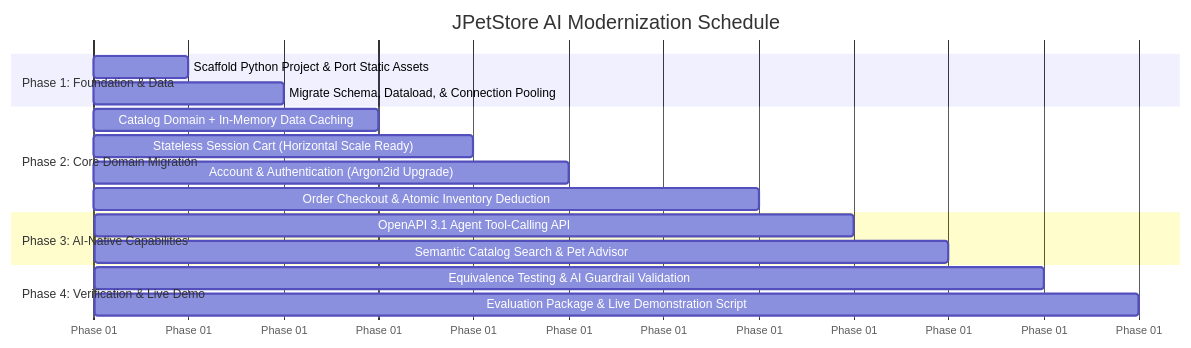
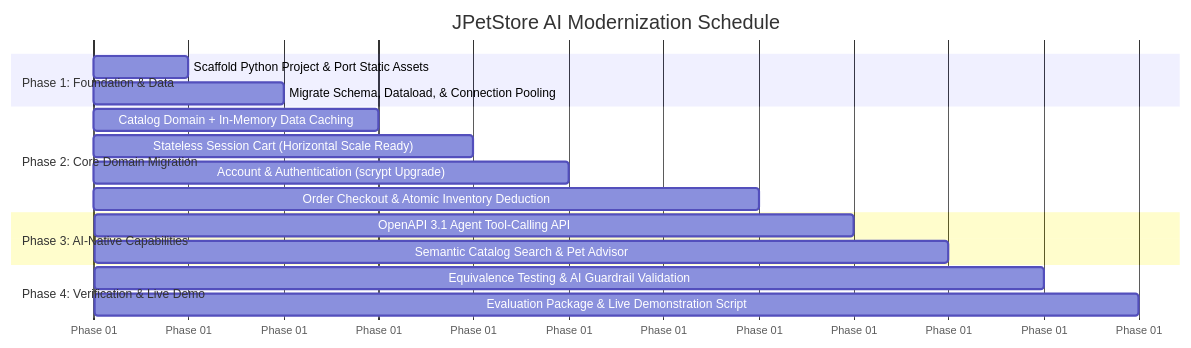
Before and after one commit to skillencetech/jpetstore: the second of 2 diagrams in docs/jpetstore_migration_proposal_and_roadmap.md, drawn with Mermaid. The commit also changed other lines of this file and 8 other files, not shown here.

````diff
--- a/docs/jpetstore_migration_proposal_and_roadmap.md
+++ b/docs/jpetstore_migration_proposal_and_roadmap.md
@@ -97,24 +99,24 @@
 ```mermaid
 gantt
     title JPetStore AI Modernization Schedule
     dateFormat  X
     axisFormat Phase %d
     
     section Phase 1: Foundation & Data
     Scaffold Python Project & Port Static Assets     : 0, 1
     Migrate Schema, Dataload, & Connection Pooling   : 1, 2
     
     section Phase 2: Core Domain Migration
     Catalog Domain + In-Memory Data Caching          : 2, 3
     Stateless Session Cart (Horizontal Scale Ready)  : 3, 4
-    Account & Authentication (Argon2id Upgrade)      : 4, 5
+    Account & Authentication (scrypt Upgrade)      : 4, 5
     Order Checkout & Atomic Inventory Deduction      : 5, 7
     
     section Phase 3: AI-Native Capabilities
     OpenAPI 3.1 Agent Tool-Calling API               : 7, 8
     Semantic Catalog Search & Pet Advisor            : 8, 9
     
     section Phase 4: Verification & Live Demo
     Equivalence Testing & AI Guardrail Validation    : 9, 10
     Evaluation Package & Live Demonstration Script   : 10, 11
 ```
````
